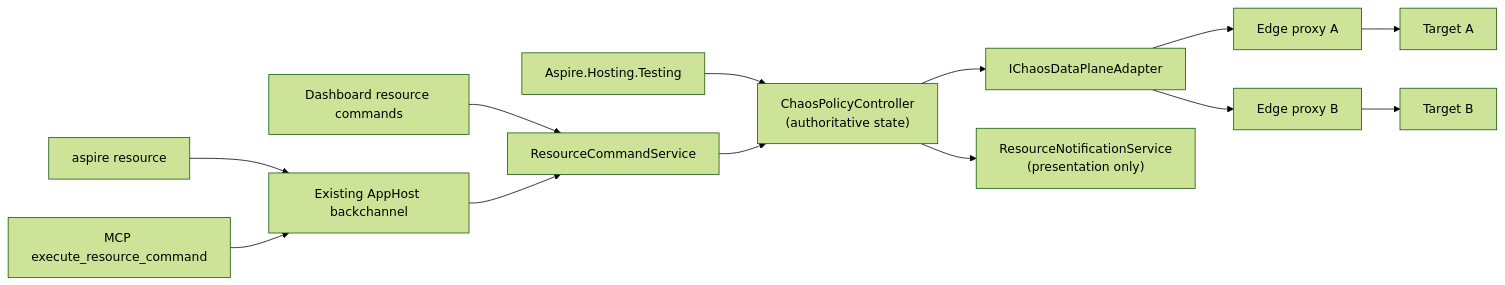
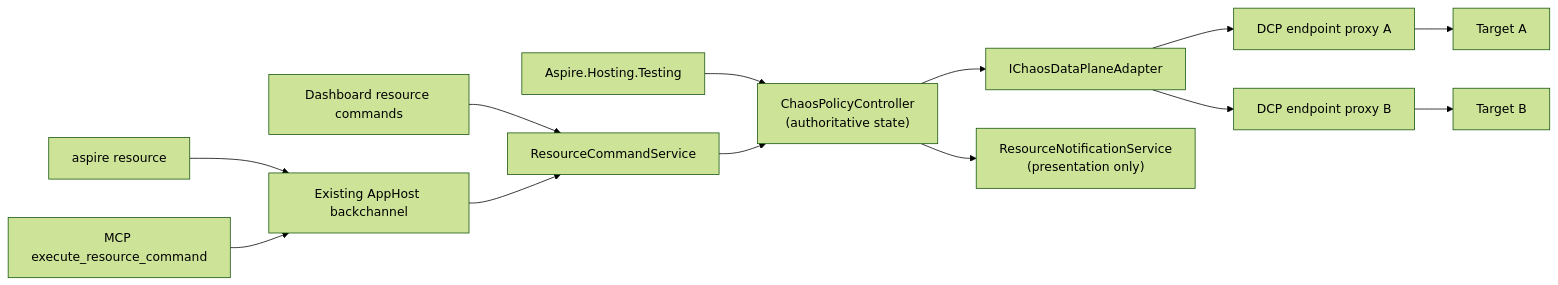
The diagram in docs/specs/chaos-integration.md (microsoft/aspire), drawn with Mermaid (forest theme) before and after one commit. The commit also changed other lines of this file, not shown here.

Commit message:
Refine native DCP chaos design

````diff
--- a/docs/specs/chaos-integration.md
+++ b/docs/specs/chaos-integration.md
@@ -154,15 +154,15 @@
 ```mermaid
 flowchart LR
     Test["Aspire.Hosting.Testing"] --> Controller
     CLI["aspire resource"] --> Backchannel["Existing AppHost backchannel"]
     MCP["MCP execute_resource_command"] --> Backchannel
     Dashboard["Dashboard resource commands"] --> Commands["ResourceCommandService"]
     Backchannel --> Commands
     Commands --> Controller["ChaosPolicyController\n(authoritative state)"]
     Controller --> Adapter["IChaosDataPlaneAdapter"]
-    Adapter --> ProxyA["Edge proxy A"]
-    Adapter --> ProxyB["Edge proxy B"]
+    Adapter --> ProxyA["DCP endpoint proxy A"]
+    Adapter --> ProxyB["DCP endpoint proxy B"]
     Controller --> Snapshot["ResourceNotificationService\n(presentation only)"]
     ProxyA --> TargetA["Target A"]
     ProxyB --> TargetB["Target B"]
 ```
````
